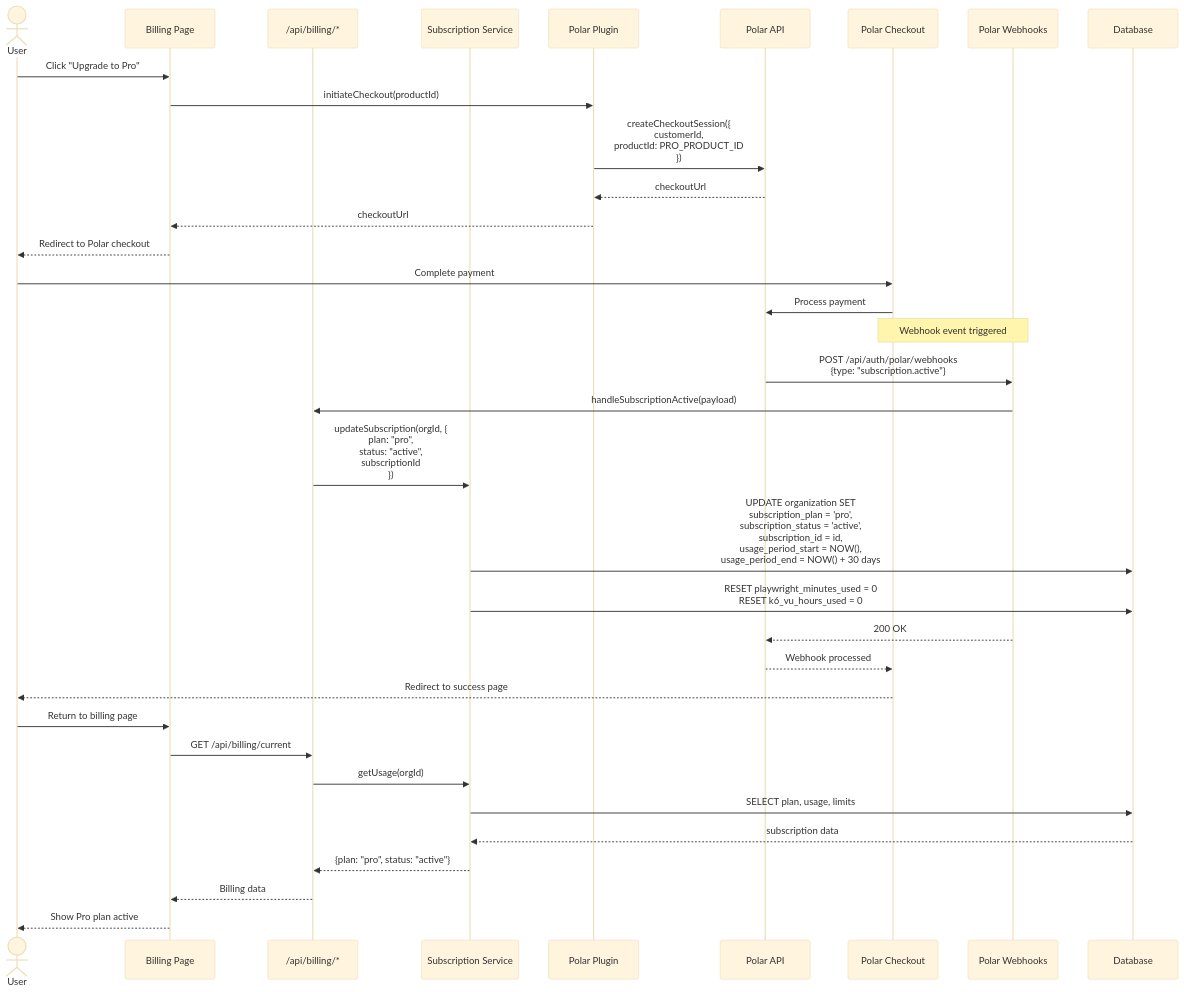
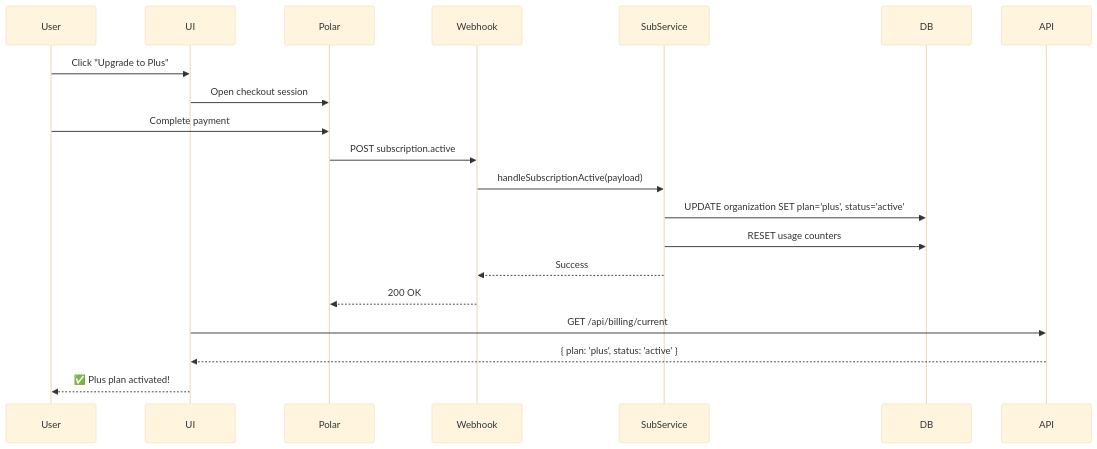
Before and after one commit to supercheck-io/supercheck: the third of 7 diagrams in specs/08-operations/POLAR_BILLING_INTEGRATION.md, drawn with Mermaid (base theme). The commit also changed other lines of this file and 36 other files, not shown here.

First line of the commit message:
refactor: Standardize K6 usage tracking from VU-hours to VU-minutes and add usage sync endpoint

````diff
--- a/specs/08-operations/POLAR_BILLING_INTEGRATION.md
+++ b/specs/08-operations/POLAR_BILLING_INTEGRATION.md
@@ -365,43 +909,22 @@
 ```mermaid
 sequenceDiagram
-    actor User
-    participant UI as Billing Page
-    participant API as /api/billing/*
-    participant SubService as Subscription Service
-    participant PolarPlugin as Polar Plugin
-    participant PolarAPI as Polar API
-    participant Polar as Polar Checkout
-    participant Webhook as Polar Webhooks
-    participant DB as Database
+    participant User
+    participant UI
+    participant Polar
+    participant Webhook
+    participant SubService
+    participant DB
 
-    User->>UI: Click "Upgrade to Pro"
-    UI->>PolarPlugin: initiateCheckout(productId)
-    PolarPlugin->>PolarAPI: createCheckoutSession({<br/>  customerId,<br/>  productId: PRO_PRODUCT_ID<br/>})
-    PolarAPI-->>PolarPlugin: checkoutUrl
-    PolarPlugin-->>UI: checkoutUrl
-    UI-->>User: Redirect to Polar checkout
-
+    User->>UI: Click "Upgrade to Plus"
+    UI->>Polar: Open checkout session
     User->>Polar: Complete payment
-    Polar->>PolarAPI: Process payment
-
-    Note over Polar,Webhook: Webhook event triggered
-
-    PolarAPI->>Webhook: POST /api/auth/polar/webhooks<br/>{type: "subscription.active"}
-    Webhook->>API: handleSubscriptionActive(payload)
-    API->>SubService: updateSubscription(orgId, {<br/>  plan: "pro",<br/>  status: "active",<br/>  subscriptionId<br/>})
-    SubService->>DB: UPDATE organization SET<br/>  subscription_plan = 'pro',<br/>  subscription_status = 'active',<br/>  subscription_id = id,<br/>  usage_period_start = NOW(),<br/>  usage_period_end = NOW() + 30 days
-    SubService->>DB: RESET playwright_minutes_used = 0<br/>RESET k6_vu_hours_used = 0
-
-    Webhook-->>PolarAPI: 200 OK
-    PolarAPI-->>Polar: Webhook processed
-    Polar-->>User: Redirect to success page
-
-    User->>UI: Return to billing page
+    Polar->>Webhook: POST subscription.active
+    Webhook->>SubService: handleSubscriptionActive(payload)
+    SubService->>DB: UPDATE organization SET plan='plus', status='active'
+    SubService->>DB: RESET usage counters
+    SubService-->>Webhook: Success
+    Webhook-->>Polar: 200 OK
     UI->>API: GET /api/billing/current
-    API->>SubService: getUsage(orgId)
-    SubService->>DB: SELECT plan, usage, limits
-    DB-->>SubService: subscription data
-    SubService-->>API: {plan: "pro", status: "active"}
-    API-->>UI: Billing data
-    UI-->>User: Show Pro plan active
+    API-->>UI: { plan: 'plus', status: 'active' }
+    UI-->>User: ✅ Plus plan activated!
 ```
````
